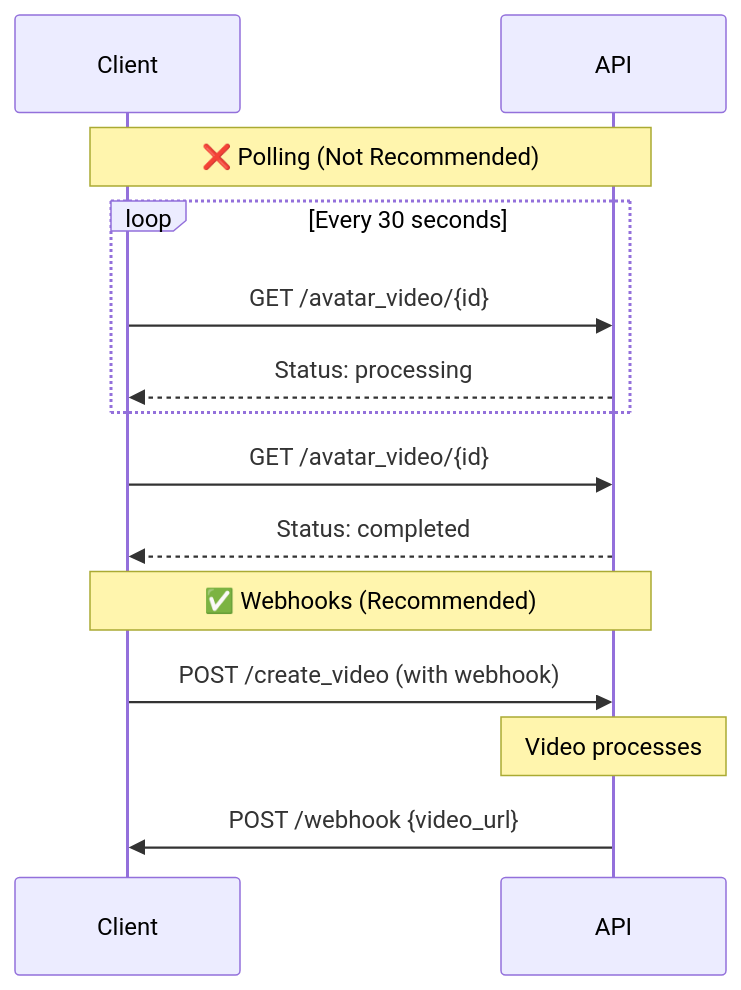
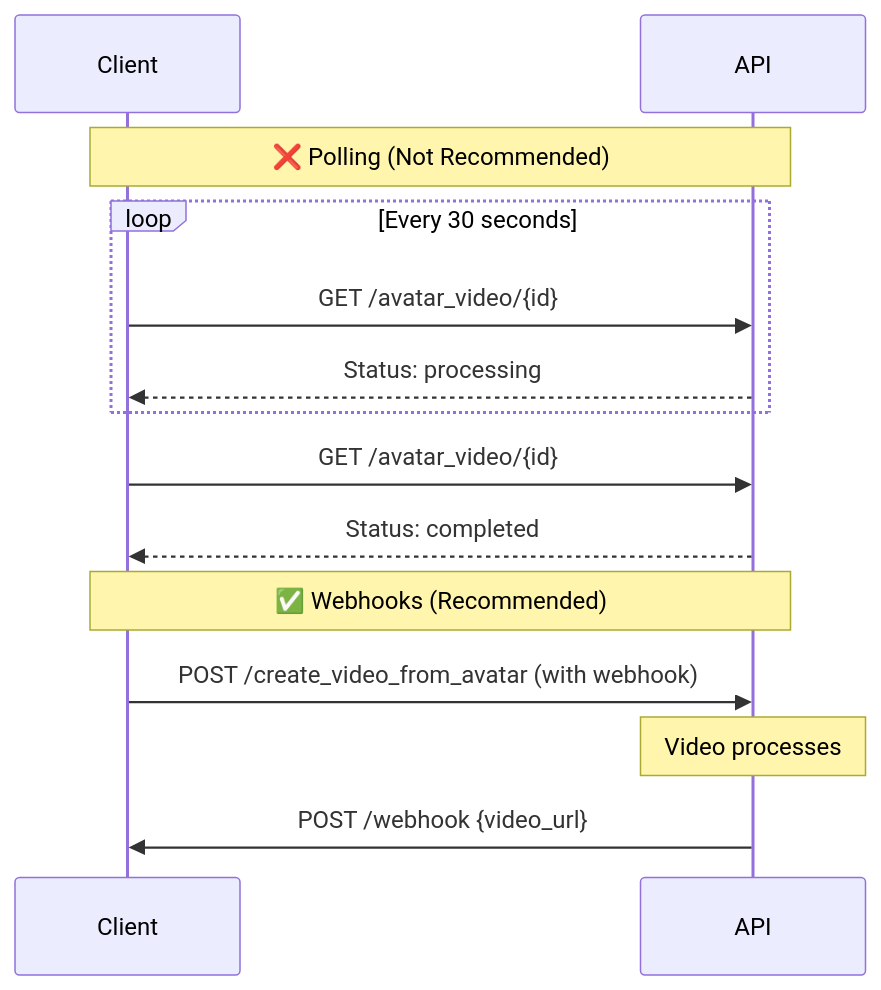
One commit to JoggAI-Tech/docs changed the second of 2 diagrams in api-reference/v2/API Documentation/GetResult.mdx. Above: the diagram before and after it, drawn with Mermaid. The commit also changed other lines of this file and 64 other files, not shown here.

````diff
--- a/api-reference/v2/API Documentation/GetResult.mdx
+++ b/api-reference/v2/API Documentation/GetResult.mdx
@@ -192,18 +192,18 @@
 ```mermaid
 sequenceDiagram
     participant Client
     participant API
     
     Note over Client,API: ❌ Polling (Not Recommended)
     loop Every 30 seconds
         Client->>API: GET /avatar_video/{id}
         API-->>Client: Status: processing
     end
     Client->>API: GET /avatar_video/{id}
     API-->>Client: Status: completed
     
     Note over Client,API: ✅ Webhooks (Recommended)
-    Client->>API: POST /create_video (with webhook)
+    Client->>API: POST /create_video_from_avatar (with webhook)
     Note over API: Video processes
     API->>Client: POST /webhook {video_url}
 ```
````
